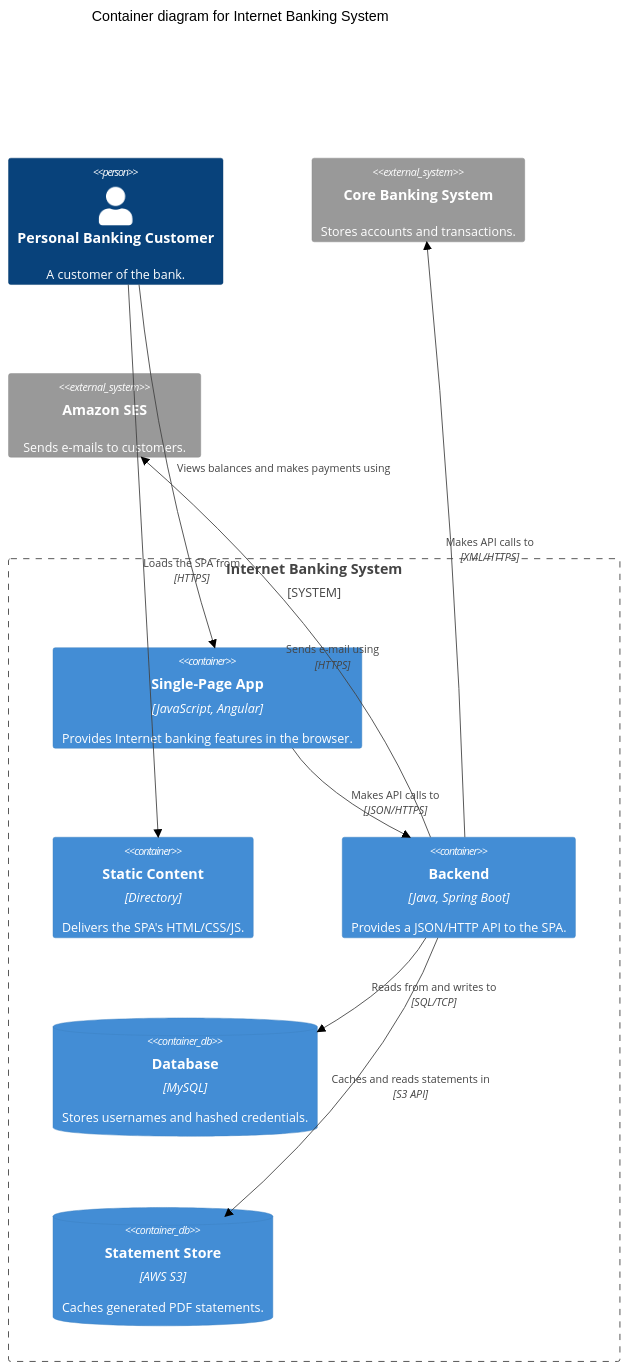
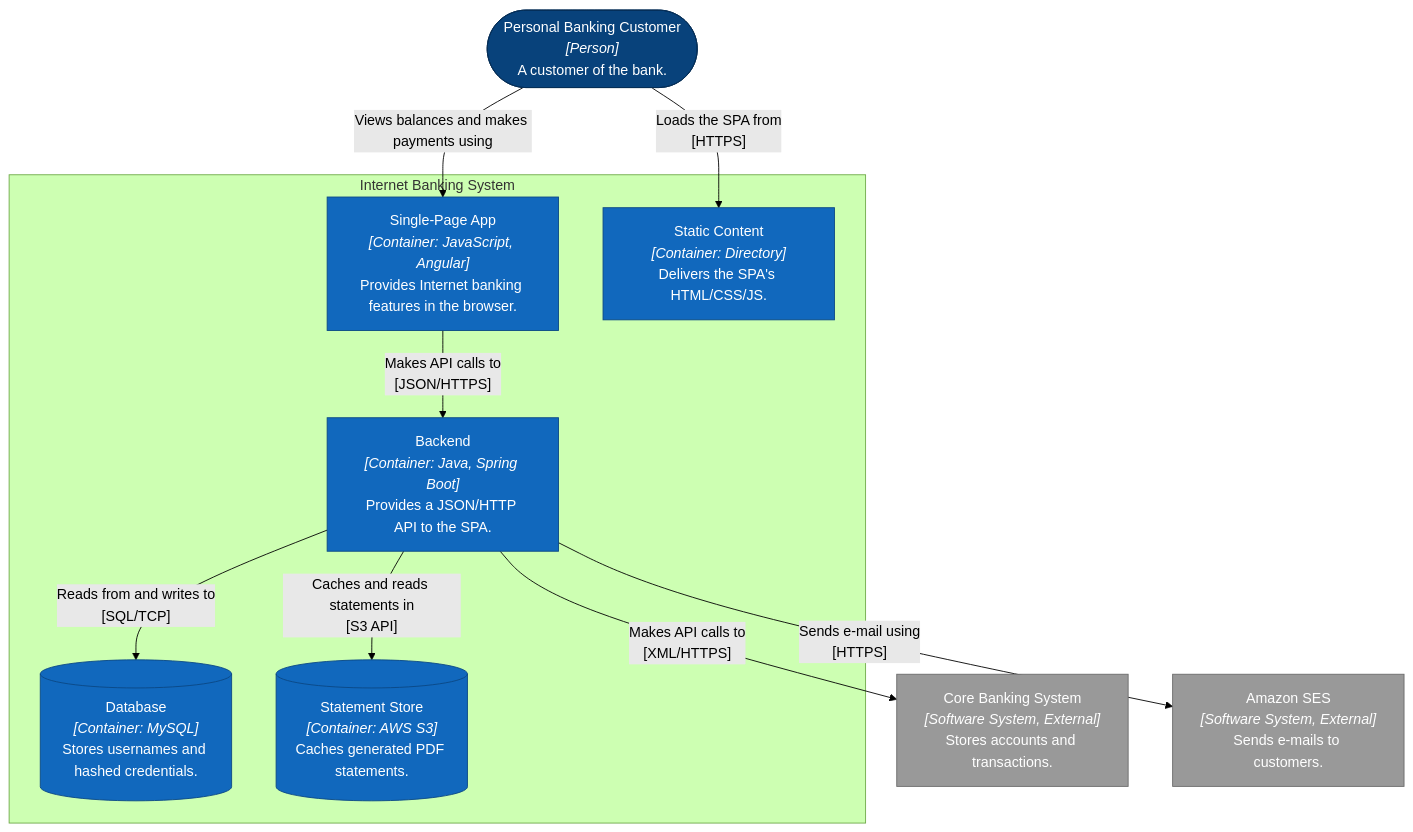
The second of 6 diagrams in c4-diagrams/references/mermaid-flowchart-c4.md (pchalupa/skills), drawn with Mermaid (forest theme) before and after one commit. The commit also changed other lines of this file and 4 other files, not shown here.

````diff
--- a/c4-diagrams/references/mermaid-flowchart-c4.md
+++ b/c4-diagrams/references/mermaid-flowchart-c4.md
@@ -144,25 +183,30 @@
 ```mermaid
-C4Container
-    title Container diagram for Internet Banking System
+flowchart TB
+    customer(["Personal Banking Customer<br/><i>[Person]</i><br/>A customer of the bank."])
 
-    Person(customer, "Personal Banking Customer", "A customer of the bank.")
+    subgraph ib["Internet Banking System"]
+        spa["Single-Page App<br/><i>[Container: JavaScript, Angular]</i><br/>Provides Internet banking features in the browser."]
+        static["Static Content<br/><i>[Container: Directory]</i><br/>Delivers the SPA's HTML/CSS/JS."]
+        backend["Backend<br/><i>[Container: Java, Spring Boot]</i><br/>Provides a JSON/HTTP API to the SPA."]
+        db[("Database<br/><i>[Container: MySQL]</i><br/>Stores usernames and hashed credentials.")]
+        store[("Statement Store<br/><i>[Container: AWS S3]</i><br/>Caches generated PDF statements.")]
+    end
 
-    System_Boundary(ib, "Internet Banking System") {
-        Container(spa, "Single-Page App", "JavaScript, Angular", "Provides Internet banking features in the browser.")
-        Container(static, "Static Content", "Directory", "Delivers the SPA's HTML/CSS/JS.")
-        Container(backend, "Backend", "Java, Spring Boot", "Provides a JSON/HTTP API to the SPA.")
-        ContainerDb(db, "Database", "MySQL", "Stores usernames and hashed credentials.")
-        ContainerDb(store, "Statement Store", "AWS S3", "Caches generated PDF statements.")
-    }
+    core["Core Banking System<br/><i>[Software System, External]</i><br/>Stores accounts and transactions."]
+    ses["Amazon SES<br/><i>[Software System, External]</i><br/>Sends e-mails to customers."]
 
-    System_Ext(core, "Core Banking System", "Stores accounts and transactions.")
-    System_Ext(ses, "Amazon SES", "Sends e-mails to customers.")
+    customer -->|"Loads the SPA from<br/>[HTTPS]"| static
+    customer -->|"Views balances and makes payments using"| spa
+    spa -->|"Makes API calls to<br/>[JSON/HTTPS]"| backend
+    backend -->|"Reads from and writes to<br/>[SQL/TCP]"| db
+    backend -->|"Caches and reads statements in<br/>[S3 API]"| store
+    backend -->|"Makes API calls to<br/>[XML/HTTPS]"| core
+    backend -->|"Sends e-mail using<br/>[HTTPS]"| ses
 
-    Rel(customer, static, "Loads the SPA from", "HTTPS")
-    Rel(customer, spa, "Views balances and makes payments using")
-    Rel(spa, backend, "Makes API calls to", "JSON/HTTPS")
-    Rel(backend, db, "Reads from and writes to", "SQL/TCP")
-    Rel(backend, store, "Caches and reads statements in", "S3 API")
-    Rel(backend, core, "Makes API calls to", "XML/HTTPS")
-    Rel(backend, ses, "Sends e-mail using", "HTTPS")
+    classDef person fill:#08427b,color:#fff,stroke:#052e56;
+    classDef system fill:#1168bd,color:#fff,stroke:#0b4884;
+    classDef ext    fill:#999,color:#fff,stroke:#6b6b6b;
+    class customer person;
+    class spa,static,backend,db,store system;
+    class core,ses ext;
 ```
````
